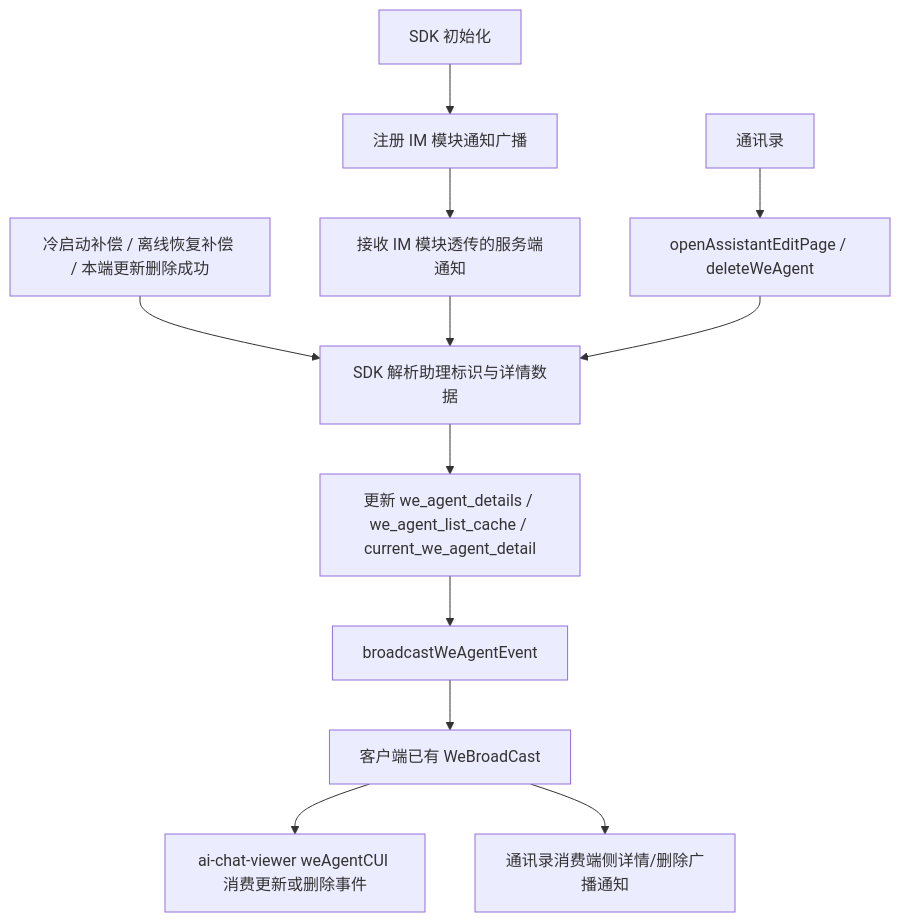
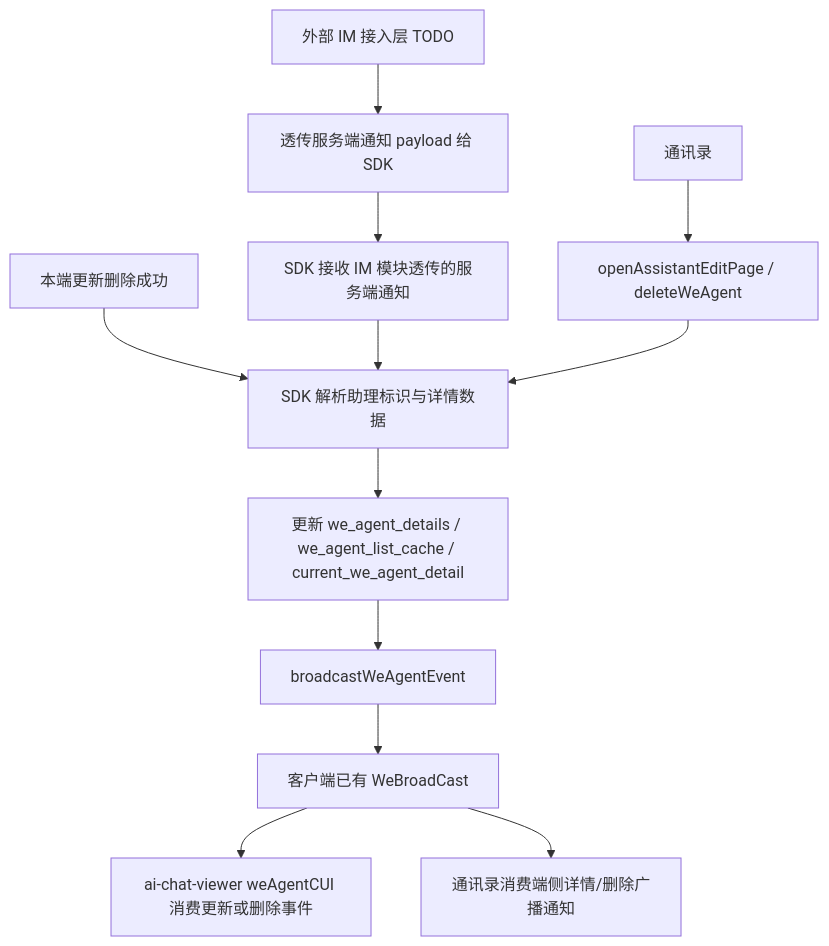
Before and after one commit to Abelsjcheng/skillSDK: the first of 10 diagrams in 2026-05-08-we-agent-detail-sync-plan.md, drawn with Mermaid. The commit also changed other lines of this file and 1 other file, not shown here.

````diff
--- a/2026-05-08-we-agent-detail-sync-plan.md
+++ b/2026-05-08-we-agent-detail-sync-plan.md
@@ -45,14 +45,14 @@
 ```mermaid
 flowchart TD
-    A["SDK 初始化"] --> B["注册 IM 模块通知广播"]
-    B --> C["接收 IM 模块透传的服务端通知"]
-    D["冷启动补偿 / 离线恢复补偿 / 本端更新删除成功"] --> E["SDK 解析助理标识与详情数据"]
+    A["外部 IM 接入层 TODO"] --> B["透传服务端通知 payload 给 SDK"]
+    B --> C["SDK 接收 IM 模块透传的服务端通知"]
+    D["本端更新删除成功"] --> E["SDK 解析助理标识与详情数据"]
     C --> E
     E --> F["更新 we_agent_details / we_agent_list_cache / current_we_agent_detail"]
     F --> G["broadcastWeAgentEvent"]
     G --> H["客户端已有 WeBroadCast"]
     H --> I["ai-chat-viewer weAgentCUI 消费更新或删除事件"]
     H --> J["通讯录消费端侧详情/删除广播通知"]
     K["通讯录"] --> L["openAssistantEditPage / deleteWeAgent"]
     L --> E
 ```
````
